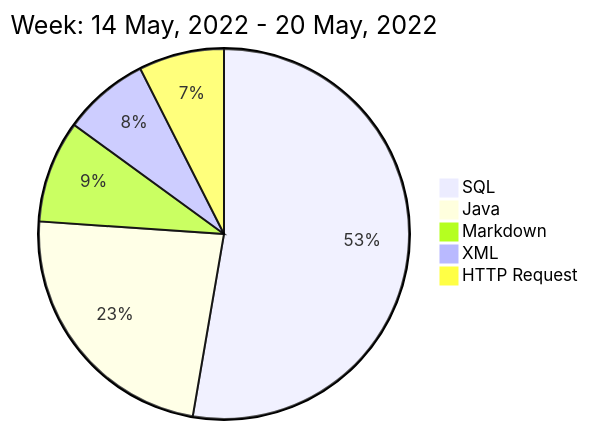
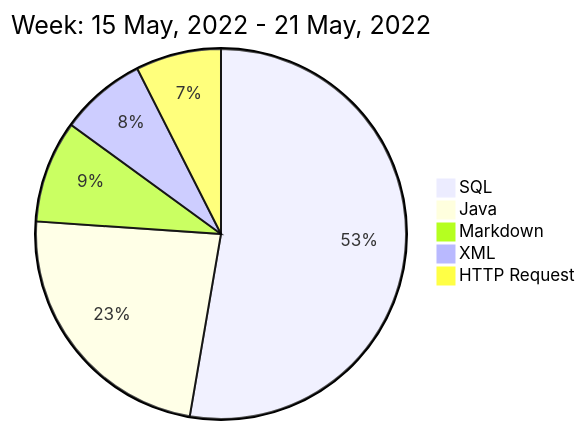
The diagram in README.md (liubin95/liubin95), drawn with Mermaid before and after one commit.

Commit message:
Updated the Graph with new Metrics

````diff
--- a/README.md
+++ b/README.md
@@ -40,9 +40,9 @@
 ```mermaid
  pie
-title Week: 14 May, 2022 - 20 May, 2022
+title Week: 15 May, 2022 - 21 May, 2022
  "SQL" : 8.97
  "Java" : 3.98
  "Markdown" : 1.52
  "XML" : 1.28
  "HTTP Request" : 1.27
 ```
````
